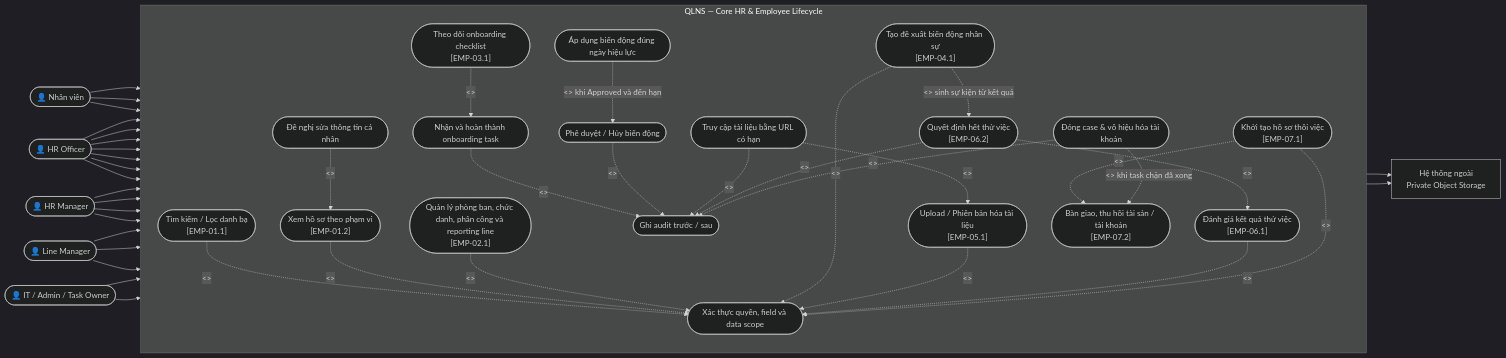
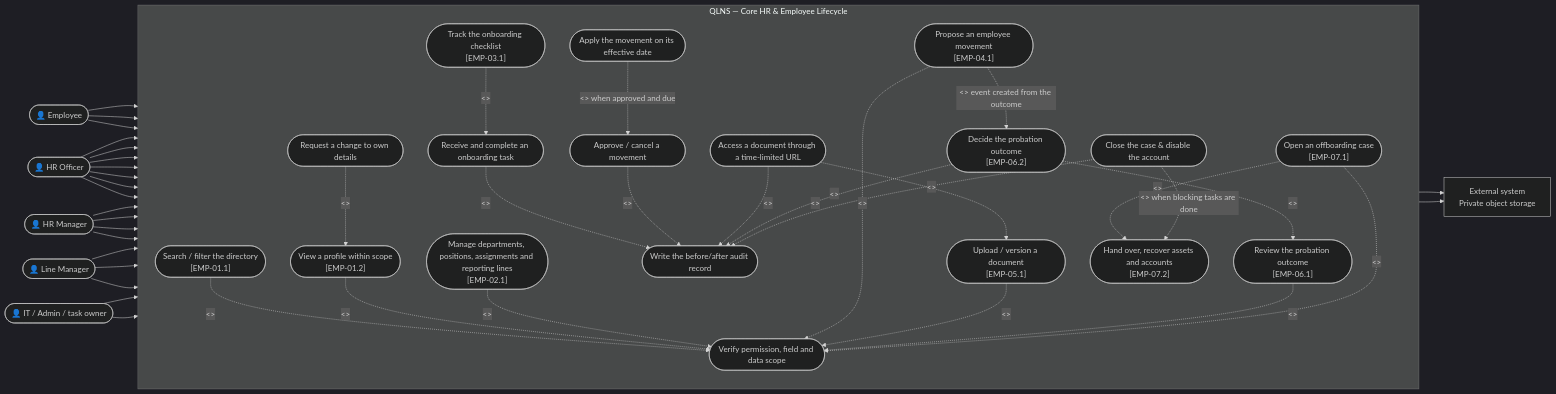
One commit to nvdat16/QLNS changed the third of 6 diagrams in docs/use_cases.md. Above: the diagram before and after it, drawn with Mermaid (dark theme). The commit also changed other lines of this file and 25 other files, not shown here.

````diff
--- a/docs/use_cases.md
+++ b/docs/use_cases.md
@@ -148,74 +148,74 @@
 ```mermaid
 flowchart LR
-    Employee(["👤 Nhân viên"])
+    Employee(["👤 Employee"])
     HROfficer(["👤 HR Officer"])
     HRManager(["👤 HR Manager"])
     LineManager(["👤 Line Manager"])
-    TaskOwner(["👤 IT / Admin / Task Owner"])
-    ObjectStorage["Hệ thống ngoài<br/>Private Object Storage"]
+    TaskOwner(["👤 IT / Admin / task owner"])
+    ObjectStorage["External system<br/>Private object storage"]
 
     subgraph QLNS_CORE["QLNS — Core HR & Employee Lifecycle"]
         direction TB
-        UC_SEARCH(["Tìm kiếm / Lọc danh bạ<br/>[EMP-01.1]"])
-        UC_VIEW(["Xem hồ sơ theo phạm vi<br/>[EMP-01.2]"])
-        UC_SELF_CHANGE(["Đề nghị sửa thông tin cá nhân"])
-        UC_ORG_MGMT(["Quản lý phòng ban, chức danh, phân công và reporting line<br/>[EMP-02.1]"])
-        UC_ONBOARD(["Theo dõi onboarding checklist<br/>[EMP-03.1]"])
-        UC_TASK(["Nhận và hoàn thành onboarding task"])
-        UC_MOVEMENT(["Tạo đề xuất biến động nhân sự<br/>[EMP-04.1]"])
-        UC_MOVEMENT_DECIDE(["Phê duyệt / Hủy biến động"])
-        UC_APPLY(["Áp dụng biến động đúng ngày hiệu lực"])
-        UC_DOCUMENT(["Upload / Phiên bản hóa tài liệu<br/>[EMP-05.1]"])
-        UC_DOWNLOAD(["Truy cập tài liệu bằng URL có hạn"])
-        UC_PROBATION(["Đánh giá kết quả thử việc<br/>[EMP-06.1]"])
-        UC_PROBATION_DECIDE(["Quyết định hết thử việc<br/>[EMP-06.2]"])
-        UC_OFFBOARD(["Khởi tạo hồ sơ thôi việc<br/>[EMP-07.1]"])
-        UC_OFFBOARD_TASK(["Bàn giao, thu hồi tài sản / tài khoản<br/>[EMP-07.2]"])
-        UC_OFFBOARD_CLOSE(["Đóng case & vô hiệu hóa tài khoản"])
-        UC_AUTH(["Xác thực quyền, field và data scope"])
-        UC_AUDIT(["Ghi audit trước / sau"])
+        UC_SEARCH(["Search / filter the directory<br/>[EMP-01.1]"])
+        UC_VIEW(["View a profile within scope<br/>[EMP-01.2]"])
+        UC_SELF_CHANGE(["Request a change to own details"])
+        UC_ORG_MGMT(["Manage departments, positions, assignments and reporting lines<br/>[EMP-02.1]"])
+        UC_ONBOARD(["Track the onboarding checklist<br/>[EMP-03.1]"])
+        UC_TASK(["Receive and complete an onboarding task"])
+        UC_MOVEMENT(["Propose an employee movement<br/>[EMP-04.1]"])
+        UC_MOVEMENT_DECIDE(["Approve / cancel a movement"])
+        UC_APPLY(["Apply the movement on its effective date"])
+        UC_DOCUMENT(["Upload / version a document<br/>[EMP-05.1]"])
+        UC_DOWNLOAD(["Access a document through a time-limited URL"])
+        UC_PROBATION(["Review the probation outcome<br/>[EMP-06.1]"])
+        UC_PROBATION_DECIDE(["Decide the probation outcome<br/>[EMP-06.2]"])
+        UC_OFFBOARD(["Open an offboarding case<br/>[EMP-07.1]"])
+        UC_OFFBOARD_TASK(["Hand over, recover assets and accounts<br/>[EMP-07.2]"])
+        UC_OFFBOARD_CLOSE(["Close the case & disable the account"])
+        UC_AUTH(["Verify permission, field and data scope"])
+        UC_AUDIT(["Write the before/after audit record"])
 
         UC_SEARCH -. "<<include>>" .-> UC_AUTH
         UC_VIEW -. "<<include>>" .-> UC_AUTH
         UC_SELF_CHANGE -. "<<extend>>" .-> UC_VIEW
         UC_ORG_MGMT -. "<<include>>" .-> UC_AUTH
         UC_ONBOARD -. "<<include>>" .-> UC_TASK
         UC_TASK -. "<<include>>" .-> UC_AUDIT
         UC_MOVEMENT -. "<<include>>" .-> UC_AUTH
         UC_MOVEMENT_DECIDE -. "<<include>>" .-> UC_AUDIT
-        UC_APPLY -. "<<extend>> khi Approved và đến hạn" .-> UC_MOVEMENT_DECIDE
+        UC_APPLY -. "<<extend>> when approved and due" .-> UC_MOVEMENT_DECIDE
         UC_DOCUMENT -. "<<include>>" .-> UC_AUTH
         UC_DOWNLOAD -. "<<extend>>" .-> UC_DOCUMENT
         UC_DOWNLOAD -. "<<include>>" .-> UC_AUDIT
         UC_PROBATION -. "<<include>>" .-> UC_AUTH
         UC_PROBATION_DECIDE -. "<<include>>" .-> UC_PROBATION
         UC_PROBATION_DECIDE -. "<<include>>" .-> UC_AUDIT
-        UC_MOVEMENT -. "<<extend>> sinh sự kiện từ kết quả" .-> UC_PROBATION_DECIDE
+        UC_MOVEMENT -. "<<extend>> event created from the outcome" .-> UC_PROBATION_DECIDE
         UC_OFFBOARD -. "<<include>>" .-> UC_AUTH
         UC_OFFBOARD -. "<<include>>" .-> UC_OFFBOARD_TASK
-        UC_OFFBOARD_CLOSE -. "<<extend>> khi task chặn đã xong" .-> UC_OFFBOARD_TASK
+        UC_OFFBOARD_CLOSE -. "<<extend>> when blocking tasks are done" .-> UC_OFFBOARD_TASK
         UC_OFFBOARD_CLOSE -. "<<include>>" .-> UC_AUDIT
     end
 
     Employee --> UC_VIEW
     Employee --> UC_SELF_CHANGE
     HROfficer --> UC_SEARCH
     HROfficer --> UC_VIEW
     HROfficer --> UC_ONBOARD
     HROfficer --> UC_MOVEMENT
     HROfficer --> UC_DOCUMENT
     HRManager --> UC_MOVEMENT_DECIDE
     HRManager --> UC_ORG_MGMT
     LineManager --> UC_ONBOARD
     LineManager --> UC_PROBATION
     HRManager --> UC_PROBATION_DECIDE
     HROfficer --> UC_OFFBOARD
     HRManager --> UC_OFFBOARD
     HROfficer --> UC_OFFBOARD_CLOSE
     LineManager --> UC_OFFBOARD_TASK
     Employee --> UC_OFFBOARD_TASK
     TaskOwner --> UC_TASK
     TaskOwner --> UC_OFFBOARD_TASK
     UC_DOCUMENT --> ObjectStorage
     UC_DOWNLOAD --> ObjectStorage
 ```
````
